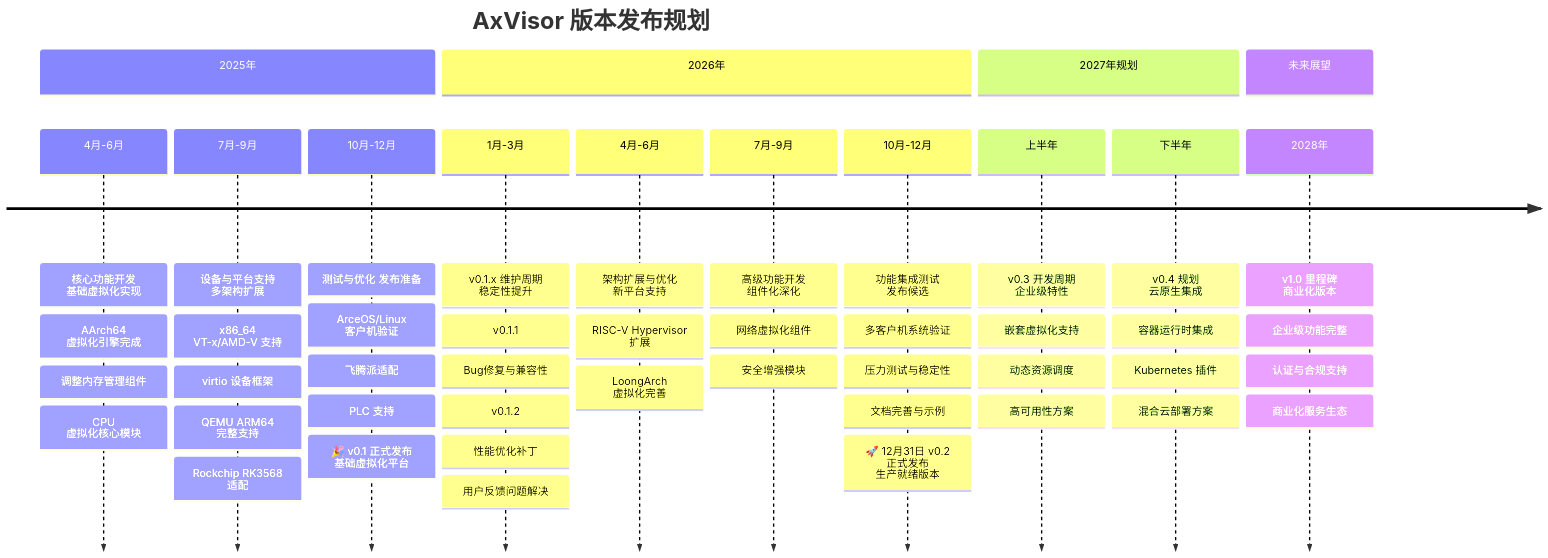
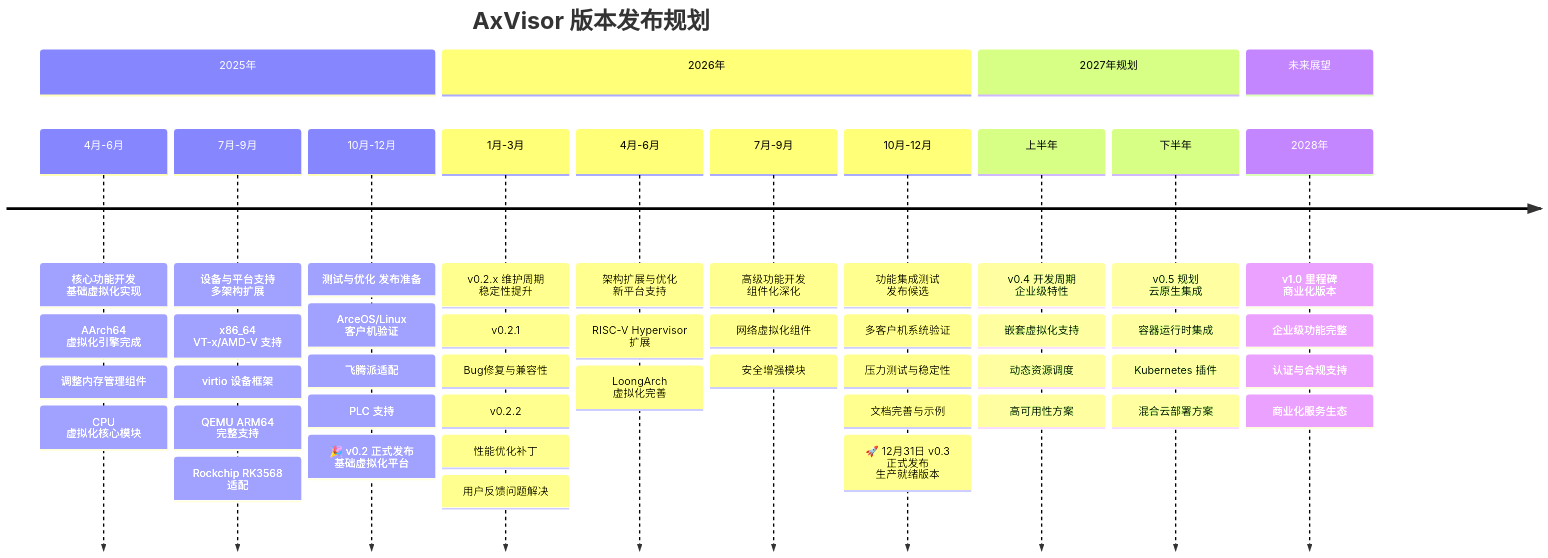
Before and after one commit to arceos-hypervisor/axvisorbook: the diagram in docs/roadmap.md, drawn with Mermaid. The commit also changed other lines of this file, not shown here.

Commit message:
更新了roadmap

````diff
--- a/docs/roadmap.md
+++ b/docs/roadmap.md
@@ -16,52 +16,52 @@
 ```mermaid
 timeline
     title AxVisor 版本发布规划
     section 2025年
         4月-6月 : 核心功能开发 基础虚拟化实现
             : AArch64 虚拟化引擎完成
             : 调整内存管理组件
             : CPU 虚拟化核心模块
         7月-9月 : 设备与平台支持 多架构扩展
             : x86_64 VT-x/AMD-V 支持
             : virtio 设备框架
             : QEMU ARM64 完整支持
             : Rockchip RK3568 适配
         10月-12月 : 测试与优化 发布准备
             : ArceOS/Linux 客户机验证
             : 飞腾派适配
             : PLC 支持
-            : 🎉 v0.1 正式发布 基础虚拟化平台
+            : 🎉 v0.2 正式发布 基础虚拟化平台
 
     section 2026年
-        1月-3月 : v0.1.x 维护周期 稳定性提升
-            : v0.1.1: Bug修复与兼容性
-            : v0.1.2: 性能优化补丁
+        1月-3月 : v0.2.x 维护周期 稳定性提升
+            : v0.2.1: Bug修复与兼容性
+            : v0.2.2: 性能优化补丁
             : 用户反馈问题解决
         4月-6月 : 架构扩展与优化 新平台支持
             : RISC-V Hypervisor 扩展
             : LoongArch 虚拟化完善
         7月-9月 : 高级功能开发 组件化深化
             : 网络虚拟化组件
             : 安全增强模块
         10月-12月 : 功能集成测试 发布候选
             : 多客户机系统验证
             : 压力测试与稳定性
             : 文档完善与示例
-            : 🚀 12月31日 v0.2 正式发布 生产就绪版本
+            : 🚀 12月31日 v0.3 正式发布 生产就绪版本
 
     section 2027年规划
-        上半年 : v0.3 开发周期 企业级特性
+        上半年 : v0.4 开发周期 企业级特性
             : 嵌套虚拟化支持
             : 动态资源调度
             : 高可用性方案
-        下半年 : v0.4 规划 云原生集成
+        下半年 : v0.5 规划 云原生集成
             : 容器运行时集成
             : Kubernetes 插件
             : 混合云部署方案
 
     section 未来展望
         2028年 : v1.0 里程碑 商业化版本
             : 企业级功能完整
             : 认证与合规支持
             : 商业化服务生态
 ```
````
